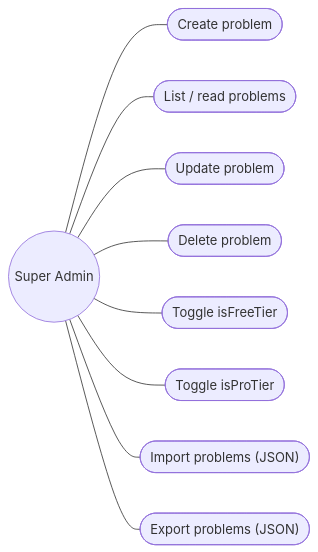
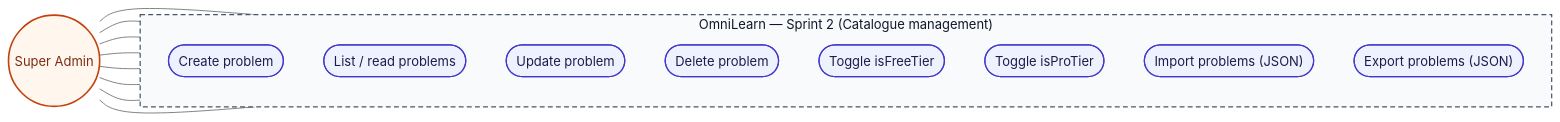
One commit to MaizaAymen/OmniLearn changed the second of 10 diagrams in docs/06_chapitre4_sprint2.md. Above: the diagram before and after it, drawn with Mermaid. The commit also changed other lines of this file and 3 other files, not shown here.

````diff
--- a/docs/06_chapitre4_sprint2.md
+++ b/docs/06_chapitre4_sprint2.md
@@ -107,21 +114,31 @@
 ```mermaid
+%%{init: {"theme":"neutral"} }%%
 flowchart LR
-  Admin((Super Admin))
-  Create(["Create problem"])
-  Read(["List / read problems"])
-  Update(["Update problem"])
-  Delete(["Delete problem"])
-  Free(["Toggle isFreeTier"])
-  Pro(["Toggle isProTier"])
-  Imp(["Import problems (JSON)"])
-  Exp(["Export problems (JSON)"])
+  classDef actor fill:#fff7ed,stroke:#c2410c,stroke-width:2px,color:#7c2d12
+  classDef uc    fill:#eef2ff,stroke:#4338ca,stroke-width:1.5px,color:#1e1b4b
+  classDef sys   fill:#f8fafc,stroke:#475569,stroke-width:1.5px,stroke-dasharray:6 4,color:#0f172a
+
+  Admin((Super Admin)):::actor
+
+  subgraph S["OmniLearn — Sprint 2 (Catalogue management)"]
+    direction TB
+    Create(["Create problem"]):::uc
+    Read(["List / read problems"]):::uc
+    Update(["Update problem"]):::uc
+    Delete(["Delete problem"]):::uc
+    Free(["Toggle isFreeTier"]):::uc
+    Pro(["Toggle isProTier"]):::uc
+    Imp(["Import problems (JSON)"]):::uc
+    Exp(["Export problems (JSON)"]):::uc
+  end
+  class S sys
 
   Admin --- Create
   Admin --- Read
   Admin --- Update
   Admin --- Delete
   Admin --- Free
   Admin --- Pro
   Admin --- Imp
   Admin --- Exp
 ```
````
